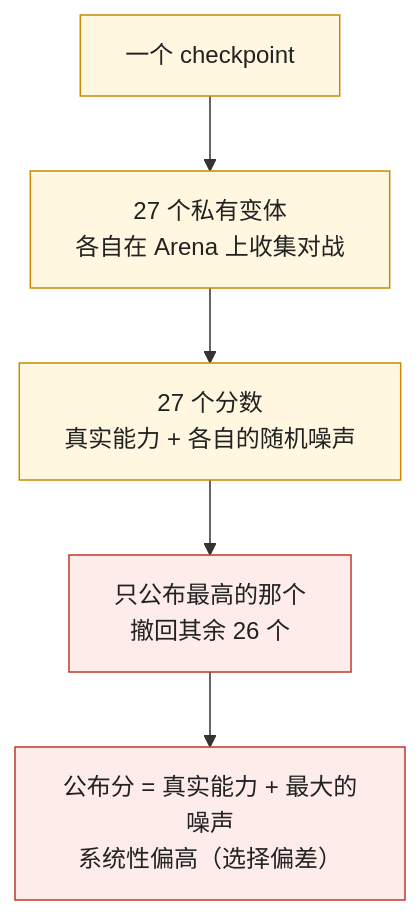
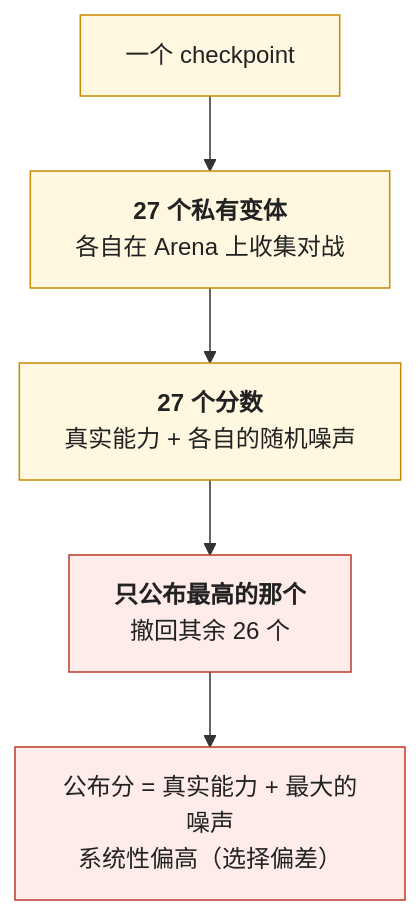
One commit to arganzheng/arganzheng.github.com changed the third of 7 diagrams in _posts/2026-10-03-model-selection-beyond-leaderboards.md. Above: the diagram before and after it, drawn with Mermaid. The commit also changed other lines of this file and 6 other files, not shown here.

First line of the commit message:
模型作为组件：契约、失效模式与选型：Mermaid 多行方框的首行标为标题（7 篇）

````diff
--- a/_posts/2026-10-03-model-selection-beyond-leaderboards.md
+++ b/_posts/2026-10-03-model-selection-beyond-leaderboards.md
@@ -78,12 +78,12 @@
 ```mermaid
 %% 图：私测与选择性披露怎么抬高分数——同一个 checkpoint 放 27 个变体进 Arena，每个的分数都带随机噪声，只公布最高的那个、撤回其余；即使没有任何真实差异，「多测几个取最好」也系统性地抬高公布分
 flowchart TB
-    CK["一个 checkpoint"] --> V["27 个私有变体<br/>各自在 Arena 上收集对战"]
-    V --> S["27 个分数<br/>真实能力 + 各自的随机噪声"]
-    S --> MAX["只公布最高的那个<br/>撤回其余 26 个"]
+    CK["一个 checkpoint"] --> V["<b>27 个私有变体</b><br/>各自在 Arena 上收集对战"]
+    V --> S["<b>27 个分数</b><br/>真实能力 + 各自的随机噪声"]
+    S --> MAX["<b>只公布最高的那个</b><br/>撤回其余 26 个"]
     MAX --> PUB["公布分 = 真实能力 + 最大的噪声<br/>系统性偏高（选择偏差）"]
     classDef step fill:#fff7e0,stroke:#c98a00,color:#222
     classDef bad fill:#fdecea,stroke:#c0392b,color:#222
     class CK,V,S step
     class MAX,PUB bad
 ```
````
